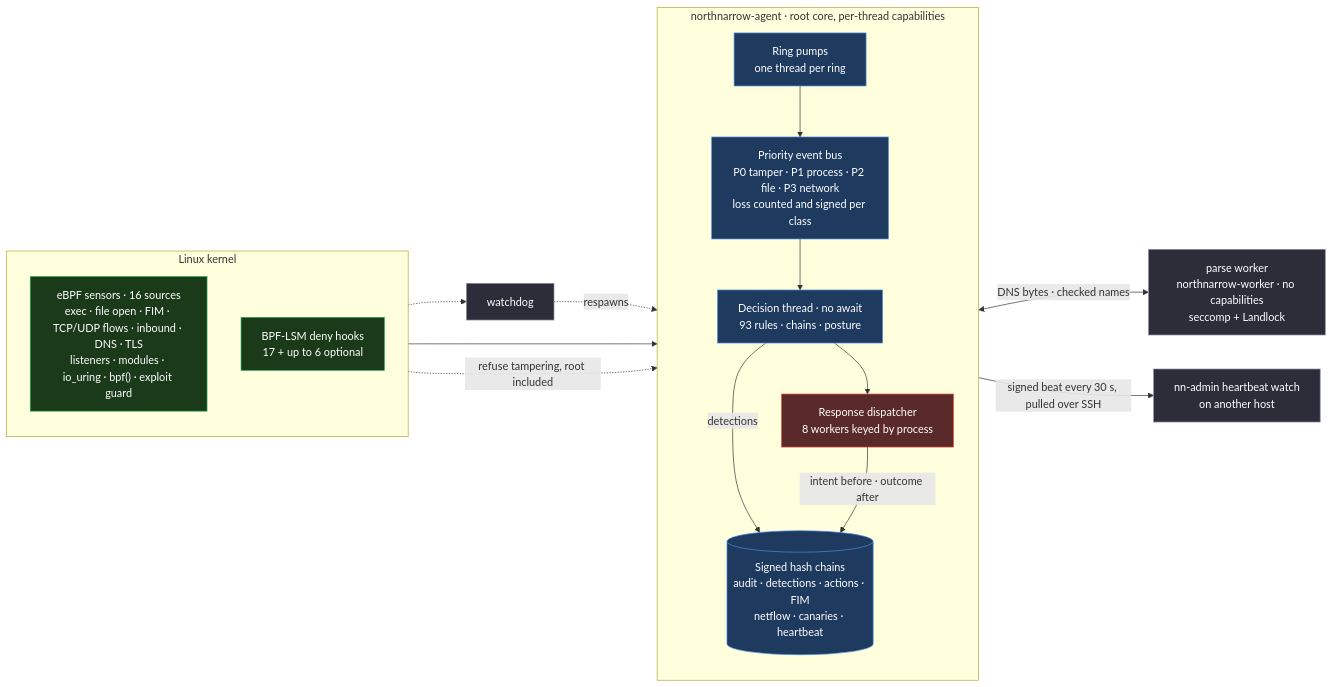
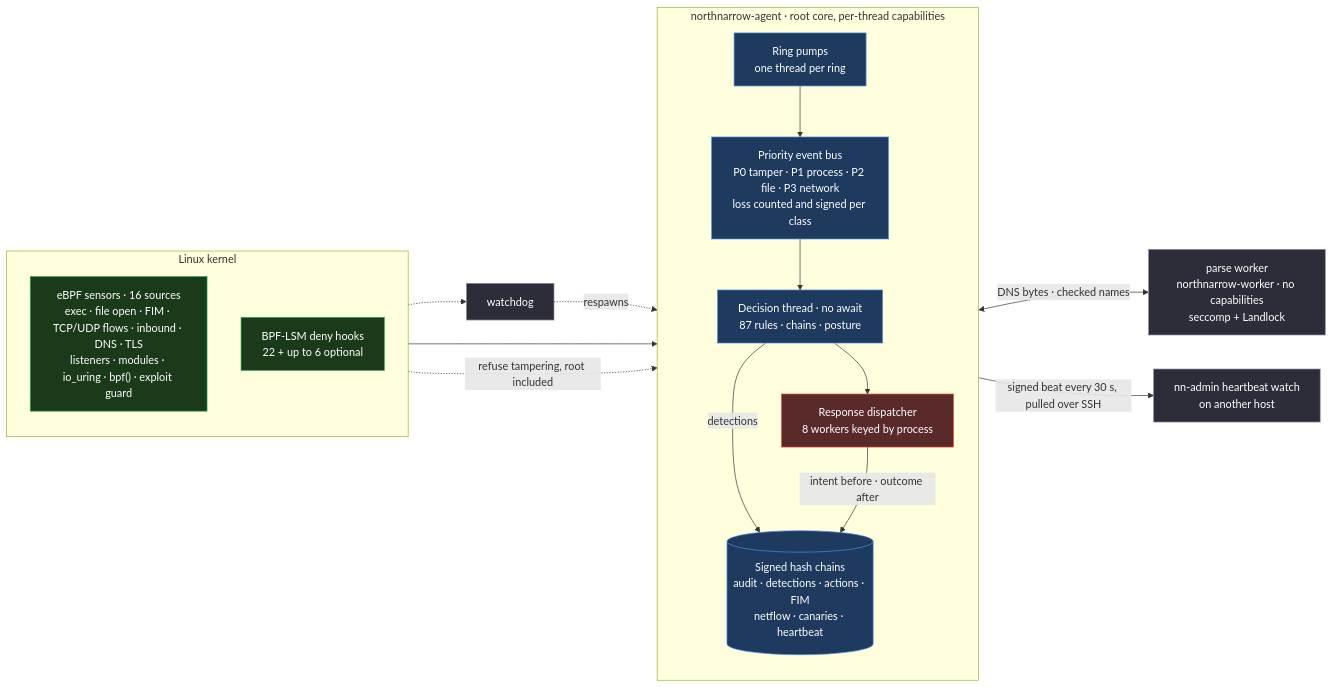
Before and after one commit to northnarrow/northnarrow-new: the diagram in README.md, drawn with Mermaid. The commit also changed other lines of this file and 34 other files, not shown here.

````diff
--- a/README.md
+++ b/README.md
@@ -57,39 +57,39 @@
 ```mermaid
 flowchart LR
     subgraph KERNEL["Linux kernel"]
         direction TB
         SENS["eBPF sensors · 16 sources<br/>exec · file open · FIM · TCP/UDP flows · inbound · DNS · TLS<br/>listeners · modules · io_uring · bpf() · exploit guard"]
-        LSM["BPF-LSM deny hooks<br/>17 + up to 6 optional"]
+        LSM["BPF-LSM deny hooks<br/>22 + up to 6 optional"]
     end
 
     subgraph CORE["northnarrow-agent · root core, per-thread capabilities"]
         direction TB
         PUMP["Ring pumps<br/>one thread per ring"]
         BUS["Priority event bus<br/>P0 tamper · P1 process · P2 file · P3 network<br/>loss counted and signed per class"]
-        DEC["Decision thread · no await<br/>93 rules · chains · posture"]
+        DEC["Decision thread · no await<br/>87 rules · chains · posture"]
         DISP["Response dispatcher<br/>8 workers keyed by process"]
         CHAINS[("Signed hash chains<br/>audit · detections · actions · FIM<br/>netflow · canaries · heartbeat")]
     end
 
     PARSE["parse worker<br/>northnarrow-worker · no capabilities<br/>seccomp + Landlock"]
     WD["watchdog"]
     VER["nn-admin heartbeat watch<br/>on another host"]
 
     SENS --> PUMP --> BUS --> DEC --> DISP
     PUMP <-->|"DNS bytes · checked names"| PARSE
     DEC -->|detections| CHAINS
     DISP -->|"intent before · outcome after"| CHAINS
     CHAINS -->|"signed beat every 30 s, pulled over SSH"| VER
     LSM -.->|"refuse tampering, root included"| CORE
     LSM -.-> WD
     WD -.->|respawns| CORE
 
     classDef kernel fill:#1a3a1a,stroke:#27ae60,color:#fff
     classDef core fill:#1e3a5f,stroke:#4a90e2,color:#fff
     classDef act fill:#5a2a2a,stroke:#e74c3c,color:#fff
     classDef side fill:#2d2d3a,stroke:#8e8ea8,color:#fff
     class SENS,LSM kernel
     class PUMP,BUS,DEC,CHAINS core
     class DISP act
     class PARSE,WD,VER side
 ```
````
